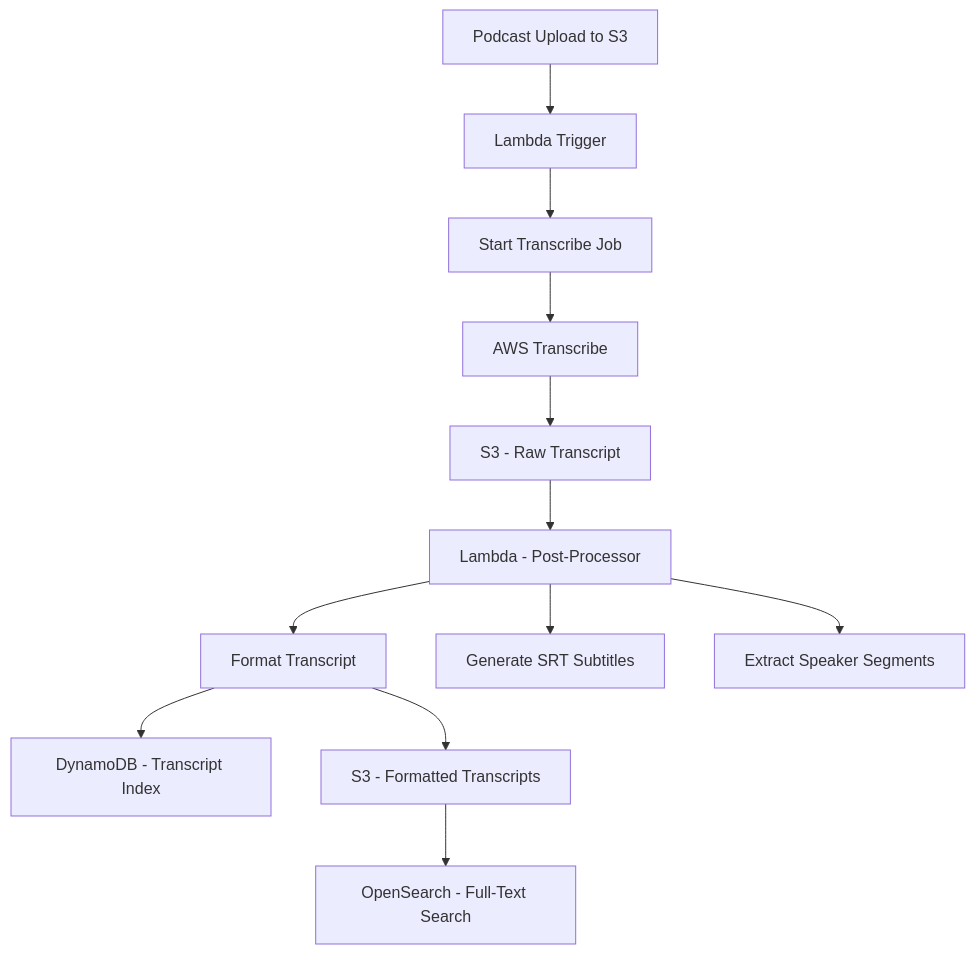
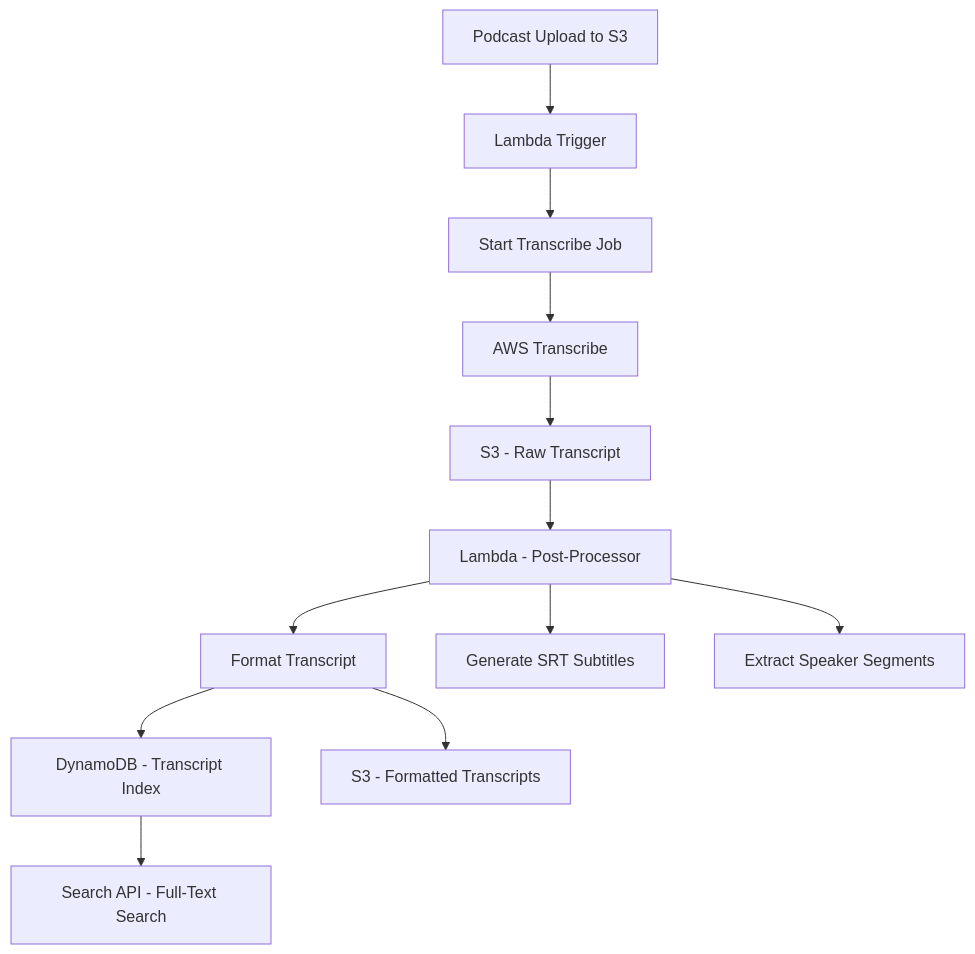
One commit to OneUptime/blog changed the diagram in posts/2026-02-12-build-a-podcast-transcription-system-on-aws/README.md. Above: the diagram before and after it, drawn with Mermaid. The commit also changed other lines of this file and 2 other files, not shown here.

````diff
--- a/posts/2026-02-12-build-a-podcast-transcription-system-on-aws/README.md
+++ b/posts/2026-02-12-build-a-podcast-transcription-system-on-aws/README.md
@@ -17,14 +17,14 @@
 ```mermaid
 graph TD
     A[Podcast Upload to S3] --> B[Lambda Trigger]
     B --> C[Start Transcribe Job]
     C --> D[AWS Transcribe]
     D --> E[S3 - Raw Transcript]
     E --> F[Lambda - Post-Processor]
     F --> G[Format Transcript]
     F --> H[Generate SRT Subtitles]
     F --> I[Extract Speaker Segments]
     G --> J[DynamoDB - Transcript Index]
     G --> K[S3 - Formatted Transcripts]
-    K --> L[OpenSearch - Full-Text Search]
+    J --> L[Search API - Full-Text Search]
 ```
````
